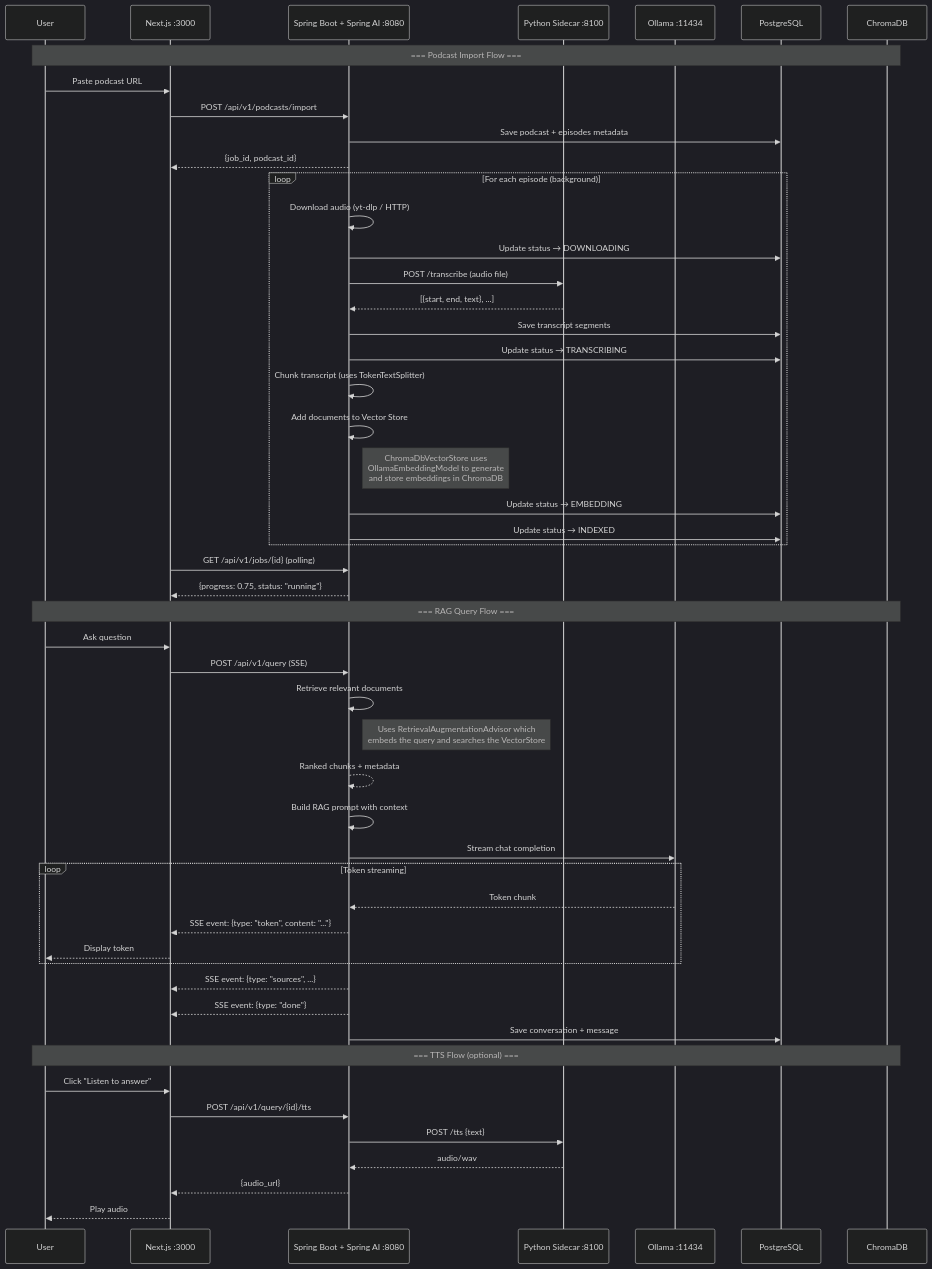
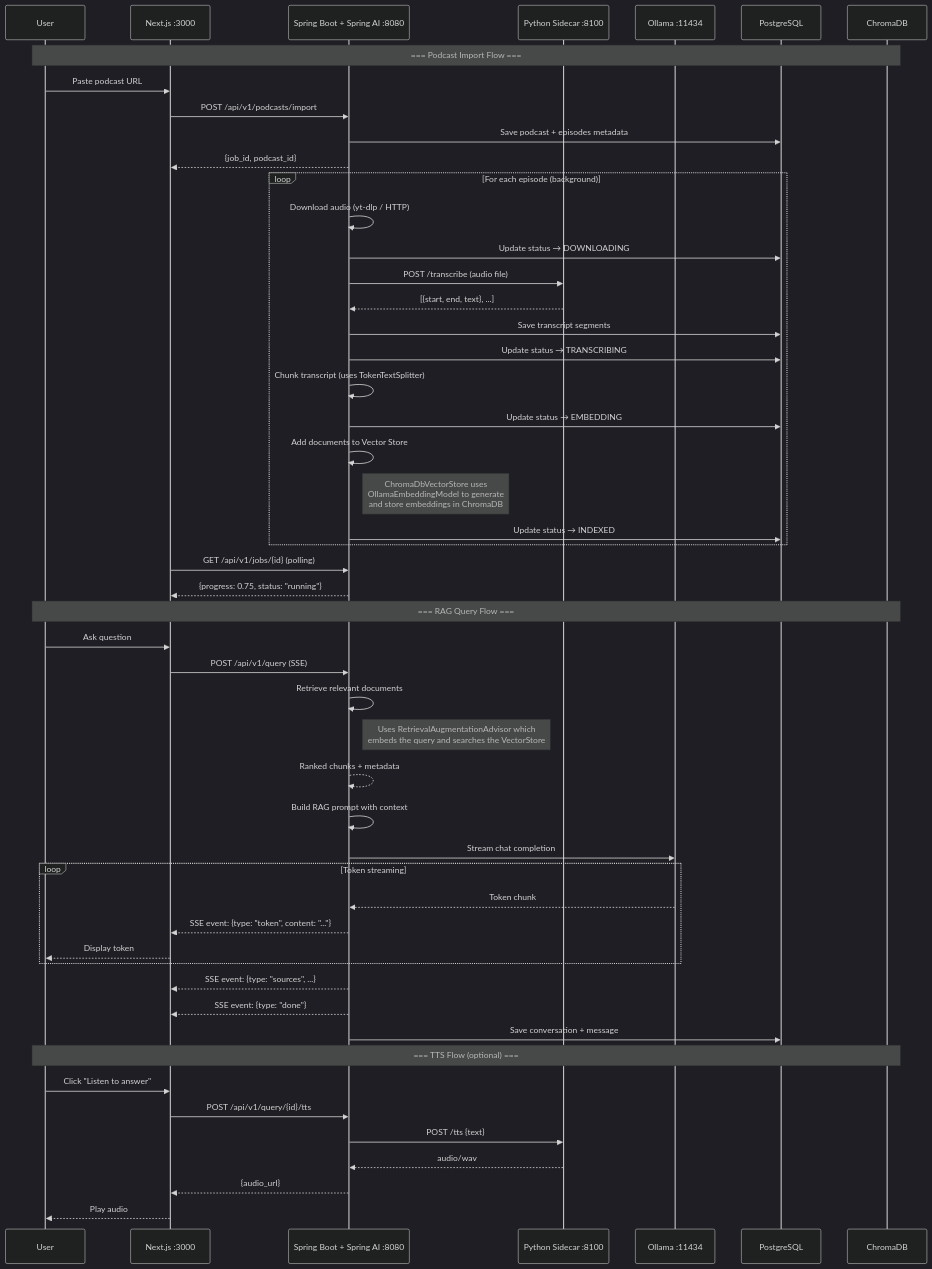
The sixth of 7 diagrams in docs/DIAGRAMS.md (jsohi/localloom), drawn with Mermaid (dark theme) before and after one commit. The commit also changed other lines of this file, not shown here.

First line of the commit message:
Fix EMBEDDING status placement in sequence diagram

````diff
--- a/docs/DIAGRAMS.md
+++ b/docs/DIAGRAMS.md
@@ -279,64 +279,64 @@
 ```mermaid
 sequenceDiagram
     participant User
     participant Frontend as Next.js :3000
     participant API as Spring Boot + Spring AI :8080
     participant Sidecar as Python Sidecar :8100
     participant Ollama as Ollama :11434
     participant DB as PostgreSQL
     participant ChromaDB
 
     Note over User,ChromaDB: === Podcast Import Flow ===
 
     User->>Frontend: Paste podcast URL
     Frontend->>API: POST /api/v1/podcasts/import
     API->>DB: Save podcast + episodes metadata
     API-->>Frontend: {job_id, podcast_id}
 
     loop For each episode (background)
         API->>API: Download audio (yt-dlp / HTTP)
         API->>DB: Update status → DOWNLOADING
         API->>Sidecar: POST /transcribe (audio file)
         Sidecar-->>API: [{start, end, text}, ...]
         API->>DB: Save transcript segments
         API->>DB: Update status → TRANSCRIBING
         API->>API: Chunk transcript (uses TokenTextSplitter)
+        API->>DB: Update status → EMBEDDING
         API->>API: Add documents to Vector Store
         Note right of API: ChromaDbVectorStore uses<br/>OllamaEmbeddingModel to generate<br/>and store embeddings in ChromaDB
-        API->>DB: Update status → EMBEDDING
         API->>DB: Update status → INDEXED
     end
 
     Frontend->>API: GET /api/v1/jobs/{id} (polling)
     API-->>Frontend: {progress: 0.75, status: "running"}
 
     Note over User,ChromaDB: === RAG Query Flow ===
 
     User->>Frontend: Ask question
     Frontend->>API: POST /api/v1/query (SSE)
     API->>API: Retrieve relevant documents
     Note right of API: Uses RetrievalAugmentationAdvisor which<br/>embeds the query and searches the VectorStore
     API-->>API: Ranked chunks + metadata
 
     API->>API: Build RAG prompt with context
     API->>Ollama: Stream chat completion
 
     loop Token streaming
         Ollama-->>API: Token chunk
         API-->>Frontend: SSE event: {type: "token", content: "..."}
         Frontend-->>User: Display token
     end
 
     API-->>Frontend: SSE event: {type: "sources", ...}
     API-->>Frontend: SSE event: {type: "done"}
     API->>DB: Save conversation + message
 
     Note over User,ChromaDB: === TTS Flow (optional) ===
 
     User->>Frontend: Click "Listen to answer"
     Frontend->>API: POST /api/v1/query/{id}/tts
     API->>Sidecar: POST /tts {text}
     Sidecar-->>API: audio/wav
     API-->>Frontend: {audio_url}
     Frontend-->>User: Play audio
 ```
````
